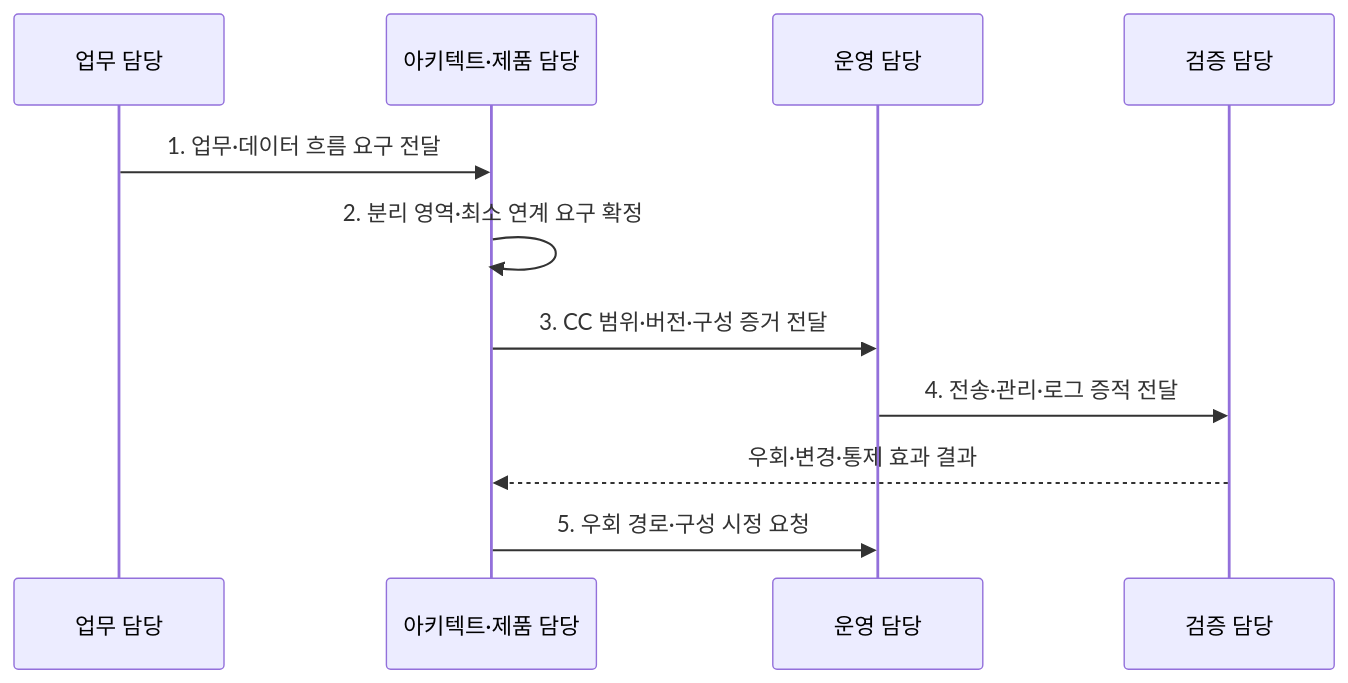
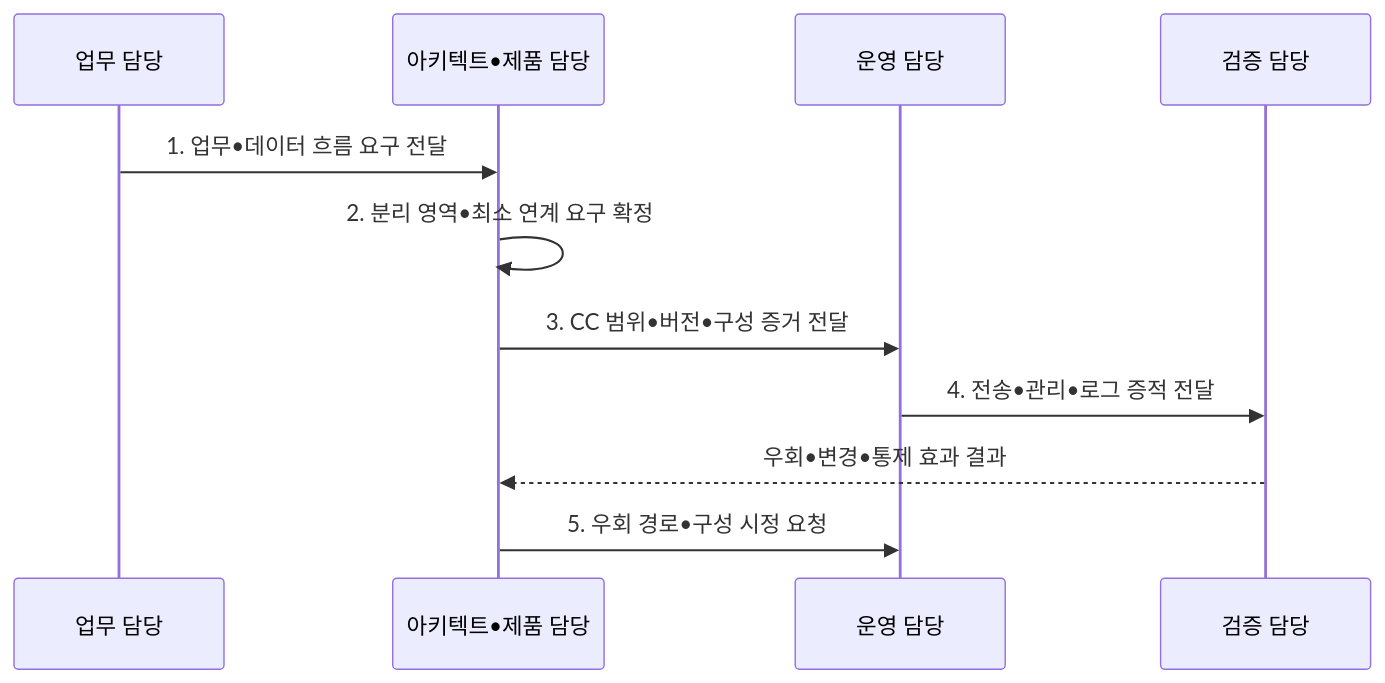
Before and after one commit to agnusdei1207/knowledge-base: the second of 2 diagrams in src/content/docs/notes/05-security/118_network_separation_cc.md, drawn with Mermaid. The commit also changed other lines of this file and 953 other files, not shown here.

````diff
--- a/src/content/docs/notes/05-security/118_network_separation_cc.md
+++ b/src/content/docs/notes/05-security/118_network_separation_cc.md
@@ -99,13 +99,13 @@
 ```mermaid
 sequenceDiagram
   participant B as 업무 담당
-  participant A as 아키텍트·제품 담당
+  participant A as 아키텍트•제품 담당
   participant O as 운영 담당
   participant V as 검증 담당
-  B->>A: 1. 업무·데이터 흐름 요구 전달
-  A->>A: 2. 분리 영역·최소 연계 요구 확정
-  A->>O: 3. CC 범위·버전·구성 증거 전달
-  O->>V: 4. 전송·관리·로그 증적 전달
-  V-->>A: 우회·변경·통제 효과 결과
-  A->>O: 5. 우회 경로·구성 시정 요청
+  B->>A: 1. 업무•데이터 흐름 요구 전달
+  A->>A: 2. 분리 영역•최소 연계 요구 확정
+  A->>O: 3. CC 범위•버전•구성 증거 전달
+  O->>V: 4. 전송•관리•로그 증적 전달
+  V-->>A: 우회•변경•통제 효과 결과
+  A->>O: 5. 우회 경로•구성 시정 요청
 ```
````
